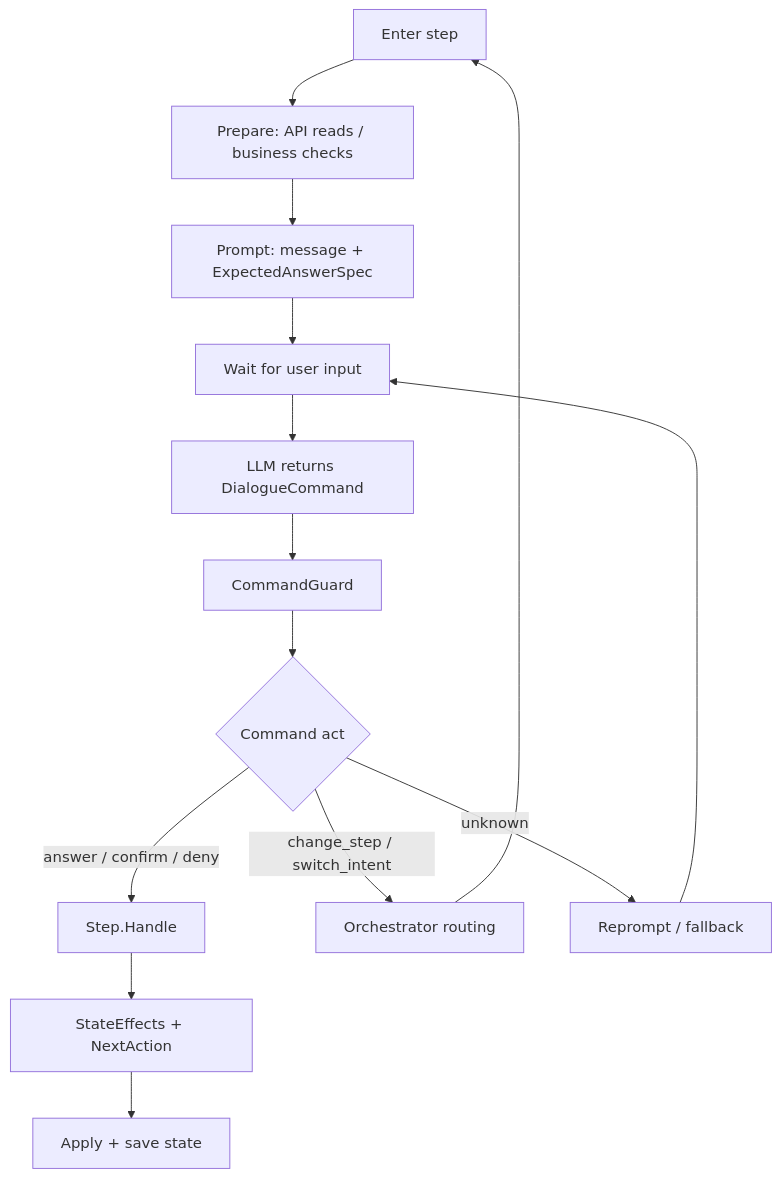
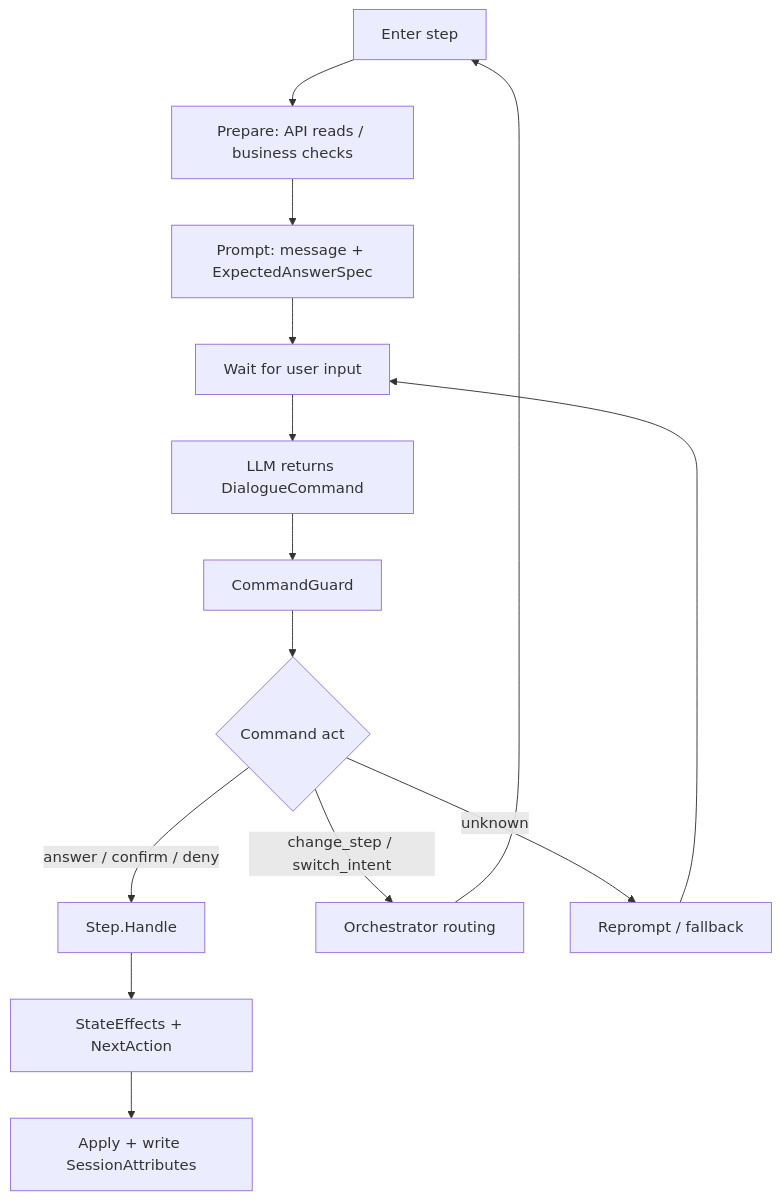
The second of 8 diagrams in docs/superpowers/specs/2026-06-07-intent-step-orchestration-confluence.md (fghjkl007/adk-go-company-model-integration), drawn with Mermaid before and after one commit. The commit also changed other lines of this file, not shown here.

Commit message:
docs: use Lex session attributes for demo state

````diff
--- a/docs/superpowers/specs/2026-06-07-intent-step-orchestration-confluence.md
+++ b/docs/superpowers/specs/2026-06-07-intent-step-orchestration-confluence.md
@@ -50,16 +51,16 @@
 ```mermaid
 flowchart TD
   Enter["Enter step"] --> Prepare["Prepare: API reads / business checks"]
   Prepare --> Prompt["Prompt: message + ExpectedAnswerSpec"]
   Prompt --> Wait["Wait for user input"]
   Wait --> Parse["LLM returns DialogueCommand"]
   Parse --> Guard["CommandGuard"]
   Guard --> Act{"Command act"}
   Act -->|answer / confirm / deny| Handle["Step.Handle"]
   Act -->|change_step / switch_intent| Route["Orchestrator routing"]
   Act -->|unknown| Reprompt["Reprompt / fallback"]
   Handle --> Result["StateEffects + NextAction"]
-  Result --> Apply["Apply + save state"]
+  Result --> Apply["Apply + write SessionAttributes"]
   Route --> Enter
   Reprompt --> Wait
 ```
````
